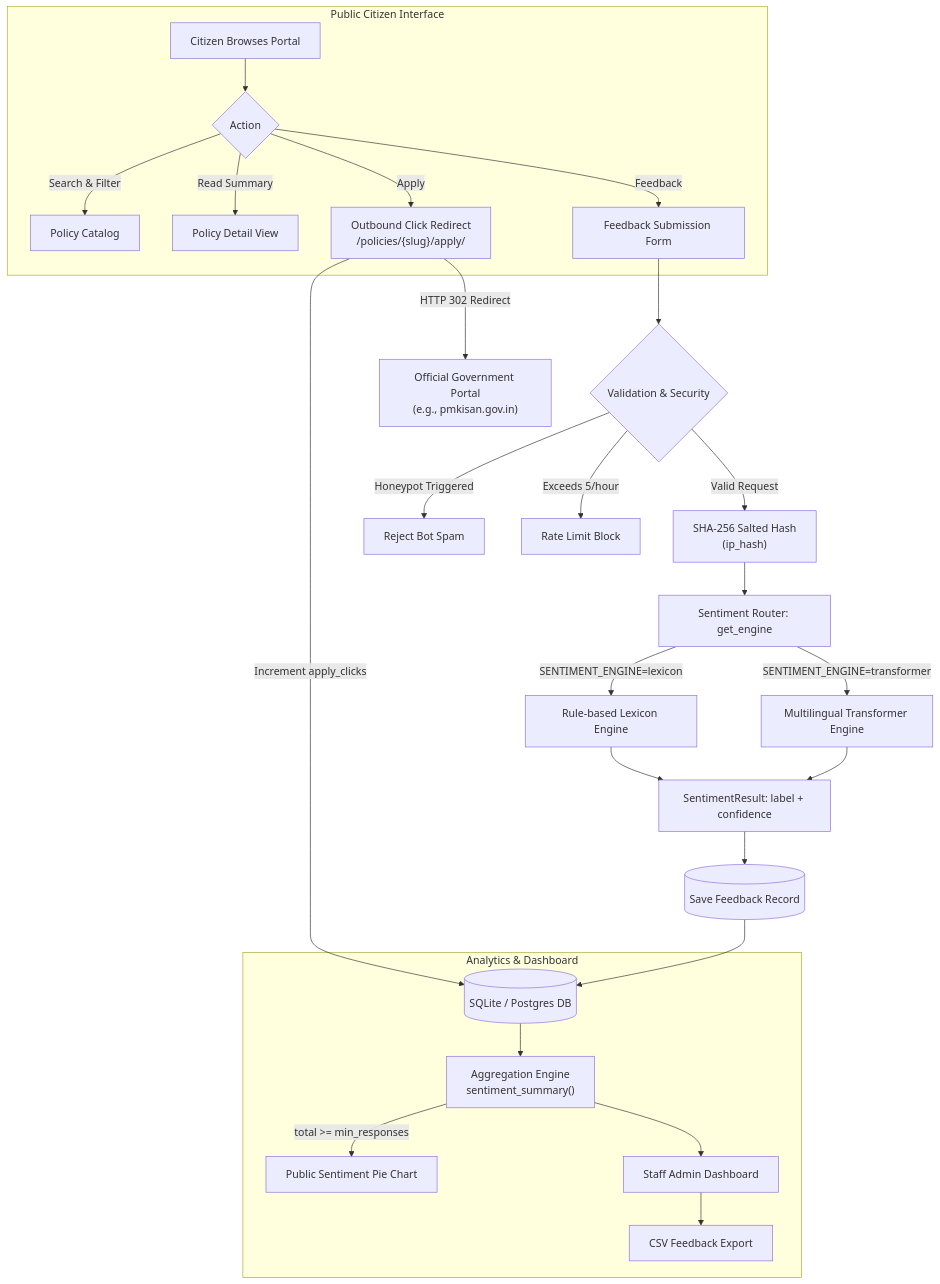
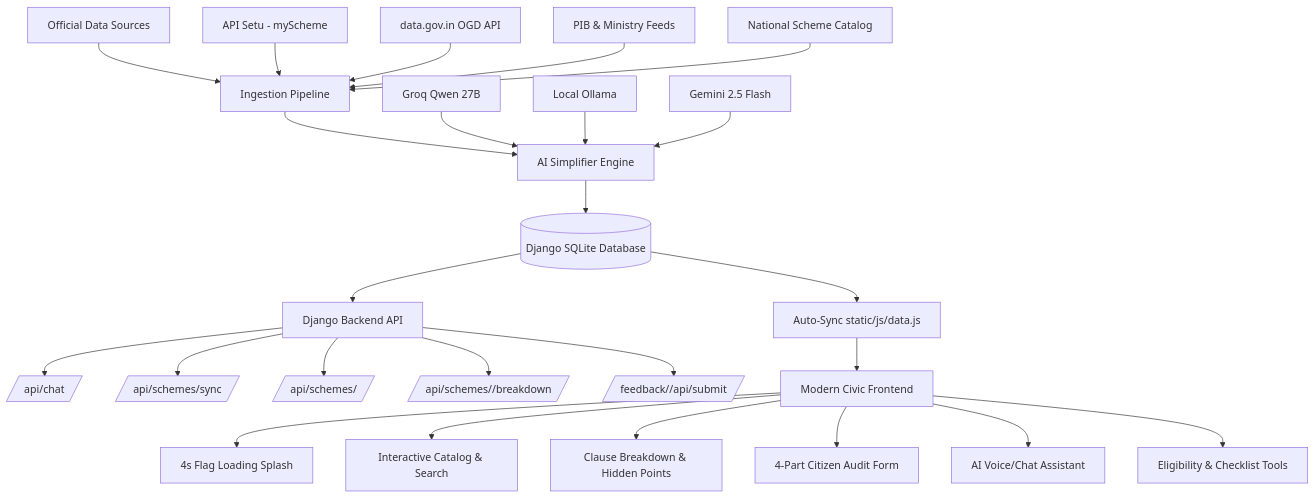
One commit to Yashendra-org/SmarthAI changed the diagram in README.md. Above: the diagram before and after it, drawn with Mermaid. The commit also changed other lines of this file and 4 other files, not shown here.

Commit message:
feat(automation): add scheduled PIB RSS & data.gov.in ingestion pipeline with GitHub Actions

````diff
--- a/README.md
+++ b/README.md
@@ -100,35 +102,31 @@
 ```mermaid
 flowchart TD
-    subgraph Citizens["Public Citizen Interface"]
-        A[Citizen Browses Portal] --> B{Action}
-        B -->|Search & Filter| C[Policy Catalog]
-        B -->|Read Summary| D[Policy Detail View]
-        B -->|Apply| E["Outbound Click Redirect<br/>/policies/{slug}/apply/"]
-        B -->|Feedback| F[Feedback Submission Form]
-    end
+    A[Official Data Sources] --> B[Ingestion Pipeline]
+    A1[API Setu - myScheme] --> B
+    A2[data.gov.in OGD API] --> B
+    A3[PIB & Ministry Feeds] --> B
+    A4[National Scheme Catalog] --> B
 
-    E -->|Increment apply_clicks| G[(SQLite / Postgres DB)]
-    E -->|HTTP 302 Redirect| H["Official Government Portal<br/>(e.g., pmkisan.gov.in)"]
+    B --> C[AI Simplifier Engine]
+    C1[Groq Qwen 27B] --> C
+    C2[Local Ollama] --> C
+    C3[Gemini 2.5 Flash] --> C
 
-    F --> I{Validation & Security}
-    I -->|Honeypot Triggered| J[Reject Bot Spam]
-    I -->|Exceeds 5/hour| K[Rate Limit Block]
-    I -->|Valid Request| L["SHA-256 Salted Hash<br/>(ip_hash)"]
+    C --> D[(Django SQLite Database)]
+    D --> E[Auto-Sync static/js/data.js]
 
-    L --> M[Sentiment Router: get_engine]
-    M -->|SENTIMENT_ENGINE=lexicon| N[Rule-based Lexicon Engine]
-    M -->|SENTIMENT_ENGINE=transformer| O[Multilingual Transformer Engine]
+    D --> F[Django Backend API]
+    F --> F1[/api/chat/]
+    F --> F2[/api/schemes/sync/]
+    F --> F3[/api/schemes/<slug>/]
+    F --> F4[/api/schemes/<slug>/breakdown/]
+    F --> F5[/feedback/<slug>/api/submit/]
 
-    N --> P[SentimentResult: label + confidence]
-    O --> P
-
-    P --> Q[(Save Feedback Record)]
-    Q --> G
-
-    subgraph Analytics["Analytics & Dashboard"]
-        G --> R["Aggregation Engine<br/>sentiment_summary()"]
-        R -->|total >= min_responses| S[Public Sentiment Pie Chart]
-        R --> T[Staff Admin Dashboard]
-        T --> U[CSV Feedback Export]
-    end
+    E --> G[Modern Civic Frontend]
+    G --> G1[4s Flag Loading Splash]
+    G --> G2[Interactive Catalog & Search]
+    G --> G3[Clause Breakdown & Hidden Points]
+    G --> G4[4-Part Citizen Audit Form]
+    G --> G5[AI Voice/Chat Assistant]
+    G --> G6[Eligibility & Checklist Tools]
 ```
````
